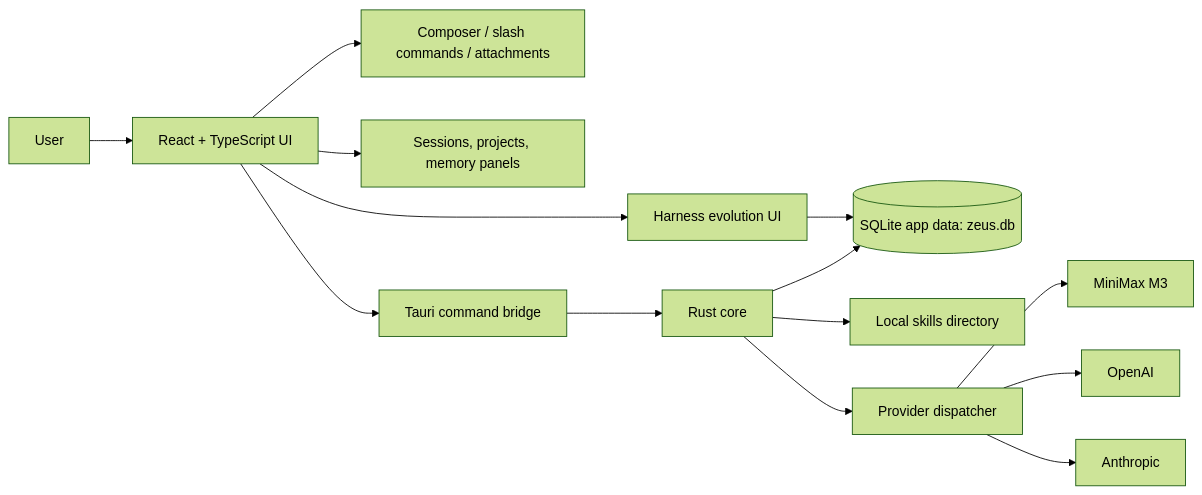
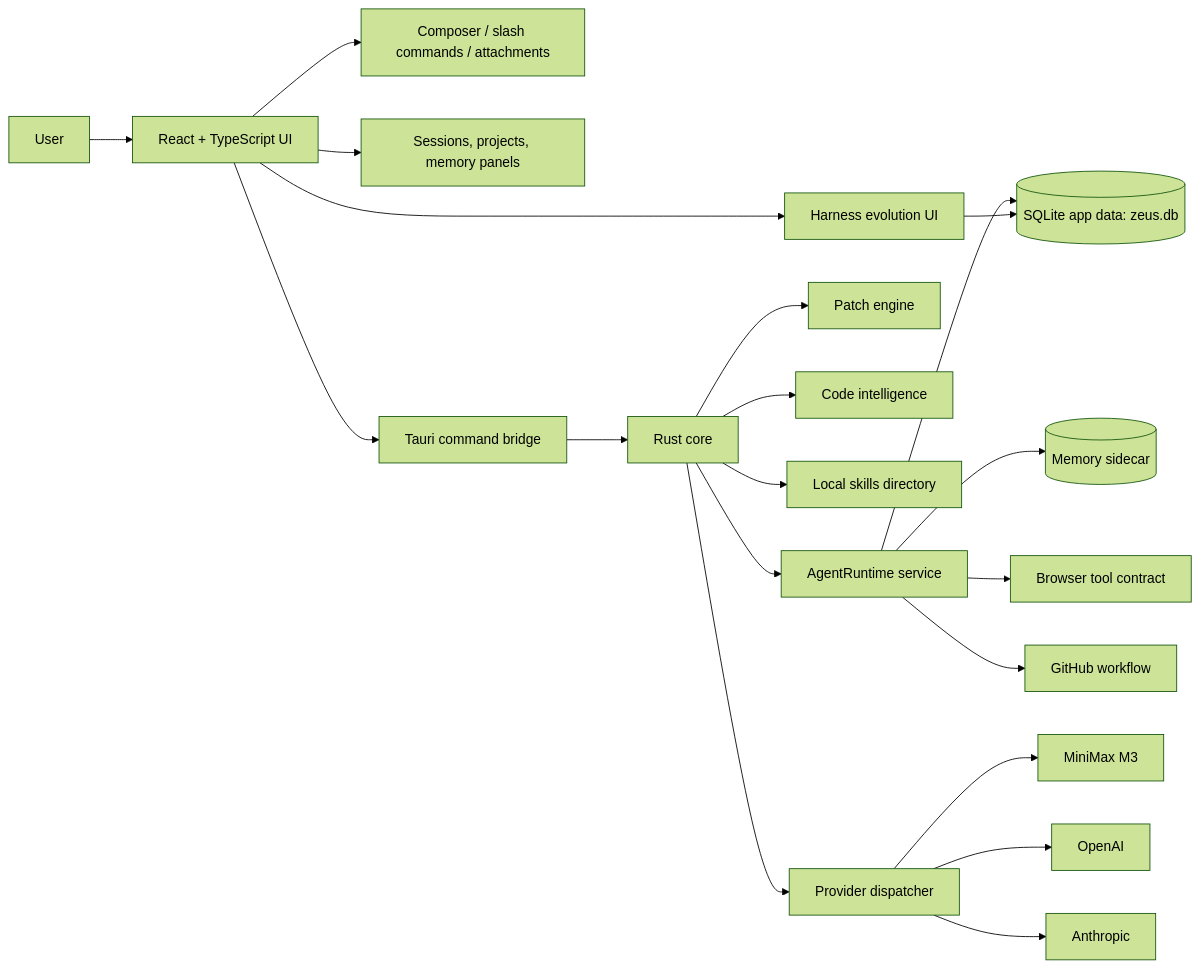
The diagram in README.md (benclawbot/Zeus), drawn with Mermaid (forest theme) before and after one commit. The commit also changed other lines of this file and 1 other file, not shown here.

First line of the commit message:
docs: rewrite README around hero banner and the actual current Zeus surface

````diff
--- a/README.md
+++ b/README.md
@@ -188,16 +216,22 @@
 ```mermaid
 flowchart LR
   User[User] --> UI[React + TypeScript UI]
   UI --> Composer[Composer / slash commands / attachments]
   UI --> Sessions[Sessions, projects, memory panels]
   UI --> Tauri[Tauri command bridge]
   Tauri --> Rust[Rust core]
-  Rust --> SQLite[(SQLite app data: zeus.db)]
+  Rust --> Runtime[AgentRuntime service]
+  Runtime --> SQLite[(SQLite app data: zeus.db)]
+  Runtime --> Memory[(Memory sidecar)]
+  Rust --> Patch[Patch engine]
+  Rust --> CodeIntel[Code intelligence]
   Rust --> Skills[Local skills directory]
   Rust --> Providers[Provider dispatcher]
   Providers --> MiniMax[MiniMax M3]
   Providers --> OpenAI[OpenAI]
   Providers --> Anthropic[Anthropic]
+  Runtime --> Browser[Browser tool contract]
+  Runtime --> GH[GitHub workflow]
   UI --> Harness[Harness evolution UI]
   Harness --> SQLite
 ```
````
